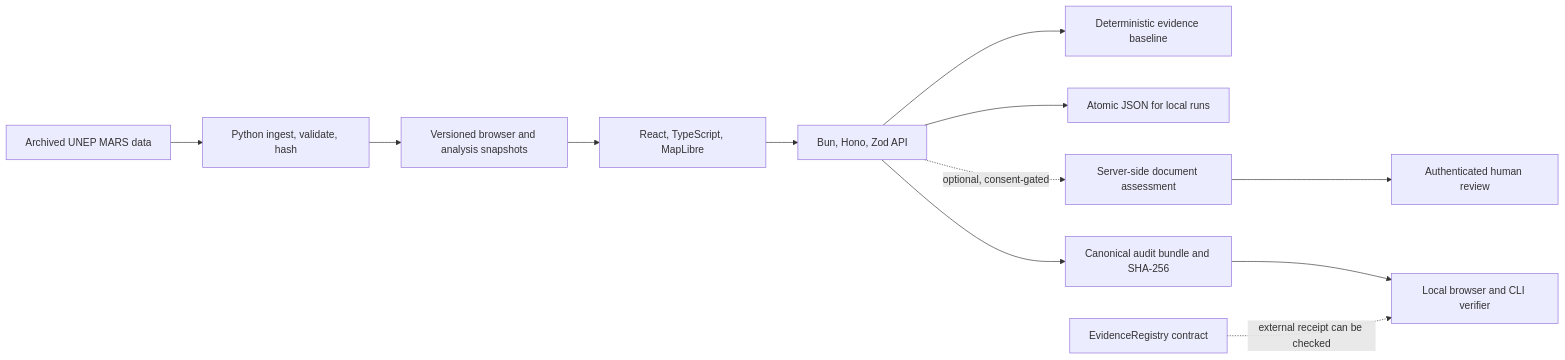
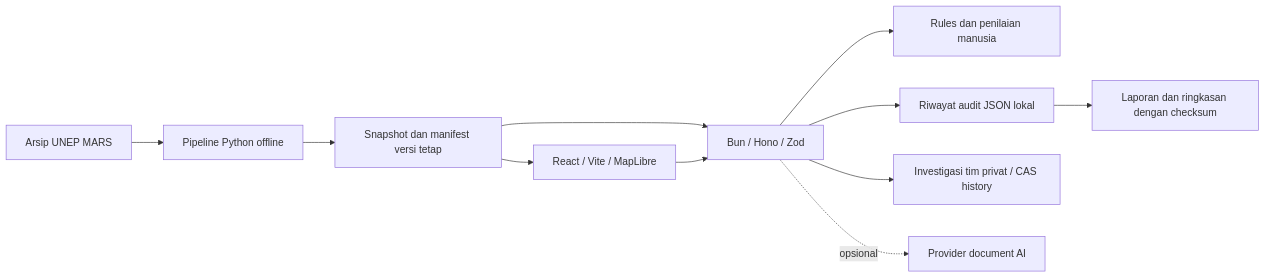
The second of 2 diagrams in README.md (AndroLay/MethaneResponse), drawn with Mermaid before and after one commit. The commit also changed other lines of this file and 677 other files, not shown here.

````diff
--- a/README.md
+++ b/README.md
@@ -126,14 +80,13 @@
 ```mermaid
 flowchart LR
-  MARS[Archived UNEP MARS data] --> PIPE[Python ingest, validate, hash]
-  PIPE --> SNAP[Versioned browser and analysis snapshots]
-  SNAP --> WEB[React, TypeScript, MapLibre]
-  WEB --> API[Bun, Hono, Zod API]
-  API --> RULES[Deterministic evidence baseline]
-  API --> STORE[Atomic JSON for local runs]
-  API -. optional, consent-gated .-> AI[Server-side document assessment]
-  AI --> REVIEW[Authenticated human review]
-  API --> HASH[Canonical audit bundle and SHA-256]
-  HASH --> VERIFY[Local browser and CLI verifier]
-  CONTRACT[EvidenceRegistry contract] -. external receipt can be checked .-> VERIFY
+  RAW[Arsip UNEP MARS] --> PIPE[Pipeline Python offline]
+  PIPE --> DATA[Snapshot dan manifest versi tetap]
+  DATA --> WEB[React / Vite / MapLibre]
+  DATA --> API[Bun / Hono / Zod]
+  WEB --> API
+  API --> RULES[Rules dan penilaian manusia]
+  API --> STORE[Riwayat audit JSON lokal]
+  API --> TEAM[Investigasi tim privat / CAS history]
+  API -. opsional .-> AI[Provider document AI]
+  STORE --> EXPORT[Laporan dan ringkasan dengan checksum]
 ```
````
